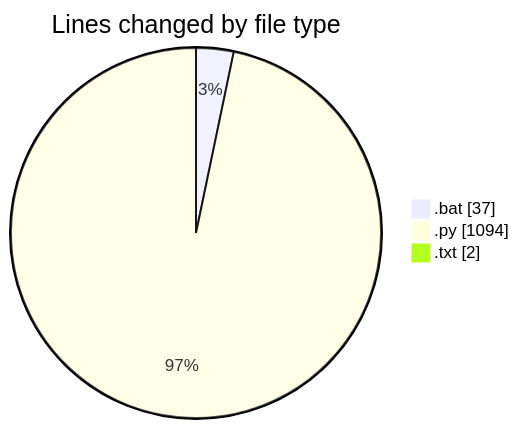
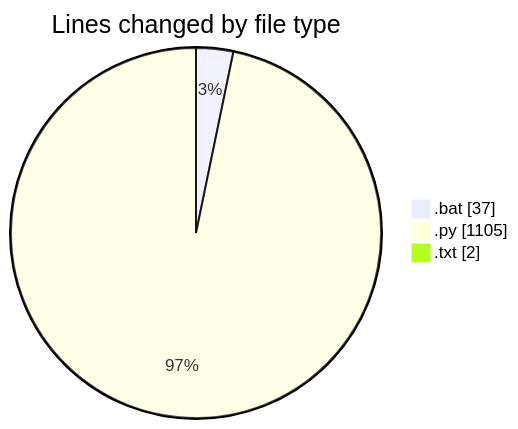
One commit to FelipKnott/code-tracking changed the first of 2 diagrams in 2025-07-04/cursor/README.md. Above: the diagram before and after it, drawn with Mermaid. The commit also changed other lines of this file and 1 other file, not shown here.

````diff
--- a/2025-07-04/cursor/README.md
+++ b/2025-07-04/cursor/README.md
@@ -35,7 +35,7 @@
 ```mermaid
 pie showData
 title Lines changed by file type
 ".bat" : 37
-".py" : 1094
+".py" : 1105
 ".txt" : 2
 ```
````
